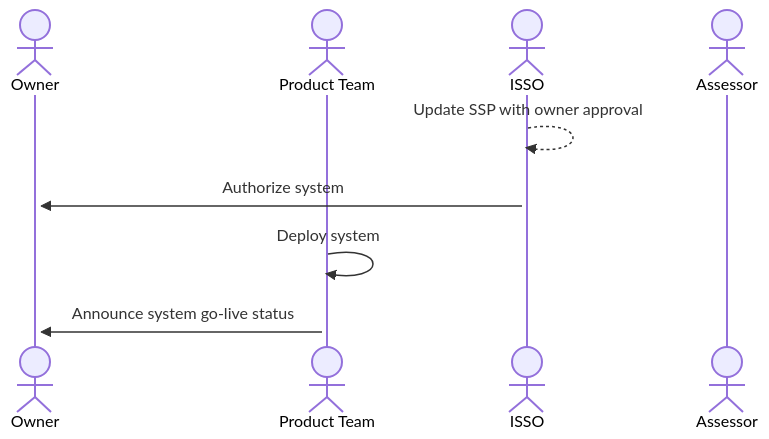
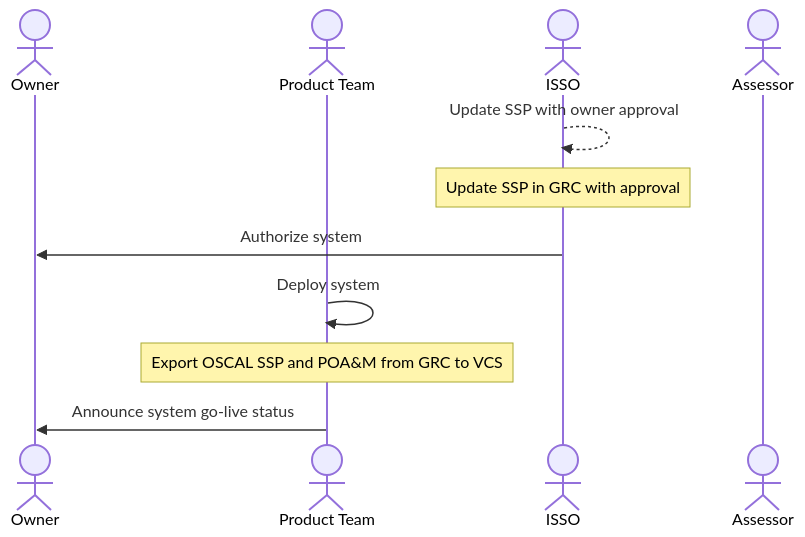
Before and after one commit to aj-stein-nist/oscal-2023-workshop: the diagram in docs/support/rmf6_authorize.mermaid, drawn with Mermaid. The commit also changed 8 other files, not shown here.

Commit message:
Many slide and diagram updates from Nikita.

```diff
--- a/docs/support/rmf6_authorize.mermaid
+++ b/docs/support/rmf6_authorize.mermaid
@@ -1,9 +1,11 @@
 sequenceDiagram
     actor Owner
     actor Product Team
     actor ISSO
     actor Assessor
-    ISSO-->>+ISSO: Update SSP with owner approval
-    ISSO->>+Owner: Authorize system
-    Product Team->>+Product Team: Deploy system
-    Product Team->>+Owner: Announce system go-live status
+    ISSO-->>ISSO: Update SSP with owner approval
+    Note over ISSO: Update SSP in GRC with approval
+    ISSO->>Owner: Authorize system
+    Product Team->>Product Team: Deploy system
+    Note over Product Team: Export OSCAL SSP and POA&M from GRC to VCS
+    Product Team->>Owner: Announce system go-live status
```
